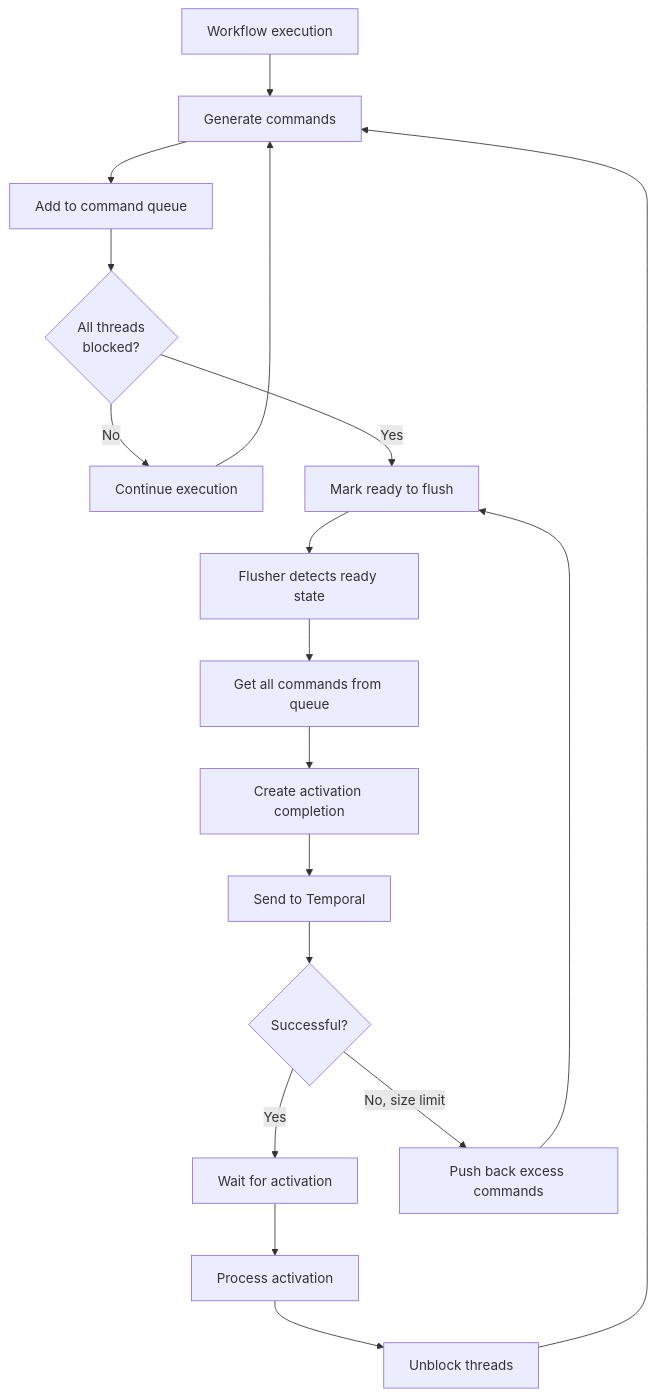
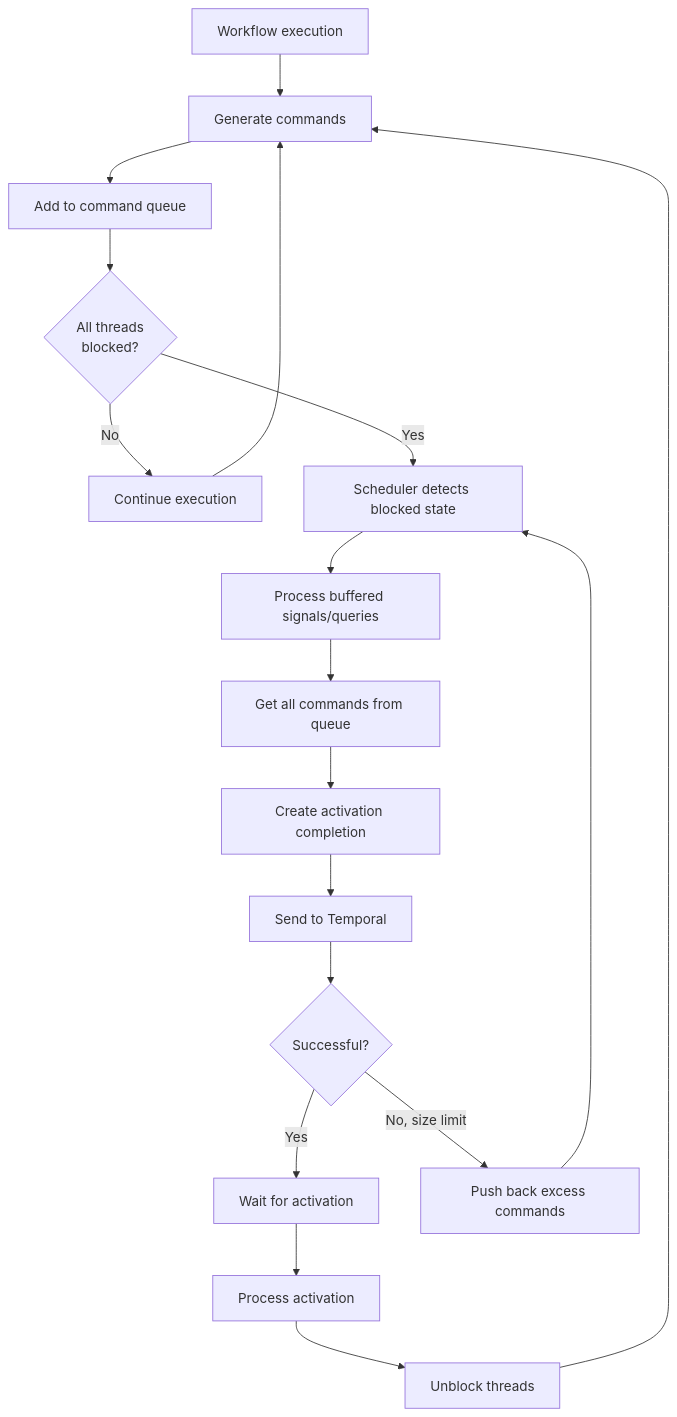
One commit to MercuryTechnologies/hs-temporal-sdk changed the third of 4 diagrams in docs/command-queue.md. Above: the diagram before and after it, drawn with Mermaid. The commit also changed other lines of this file and 12 other files, not shown here.

````diff
--- a/docs/command-queue.md
+++ b/docs/command-queue.md
@@ -120,20 +121,20 @@
 ```mermaid
 flowchart TD
     A[Workflow execution] --> B[Generate commands]
     B --> C[Add to command queue]
     C --> D{All threads<br>blocked?}
     D -->|No| E[Continue execution]
     E --> B
-    D -->|Yes| F[Mark ready to flush]
-    F --> G[Flusher detects ready state]
+    D -->|Yes| F[Scheduler detects blocked state]
+    F --> G[Process buffered signals/queries]
     G --> H[Get all commands from queue]
     H --> I[Create activation completion]
     I --> J[Send to Temporal]
     J --> K{Successful?}
     K -->|Yes| L[Wait for activation]
     K -->|No, size limit| M[Push back excess commands]
     M --> F
     L --> N[Process activation]
     N --> O[Unblock threads]
     O --> B
 ```
````
